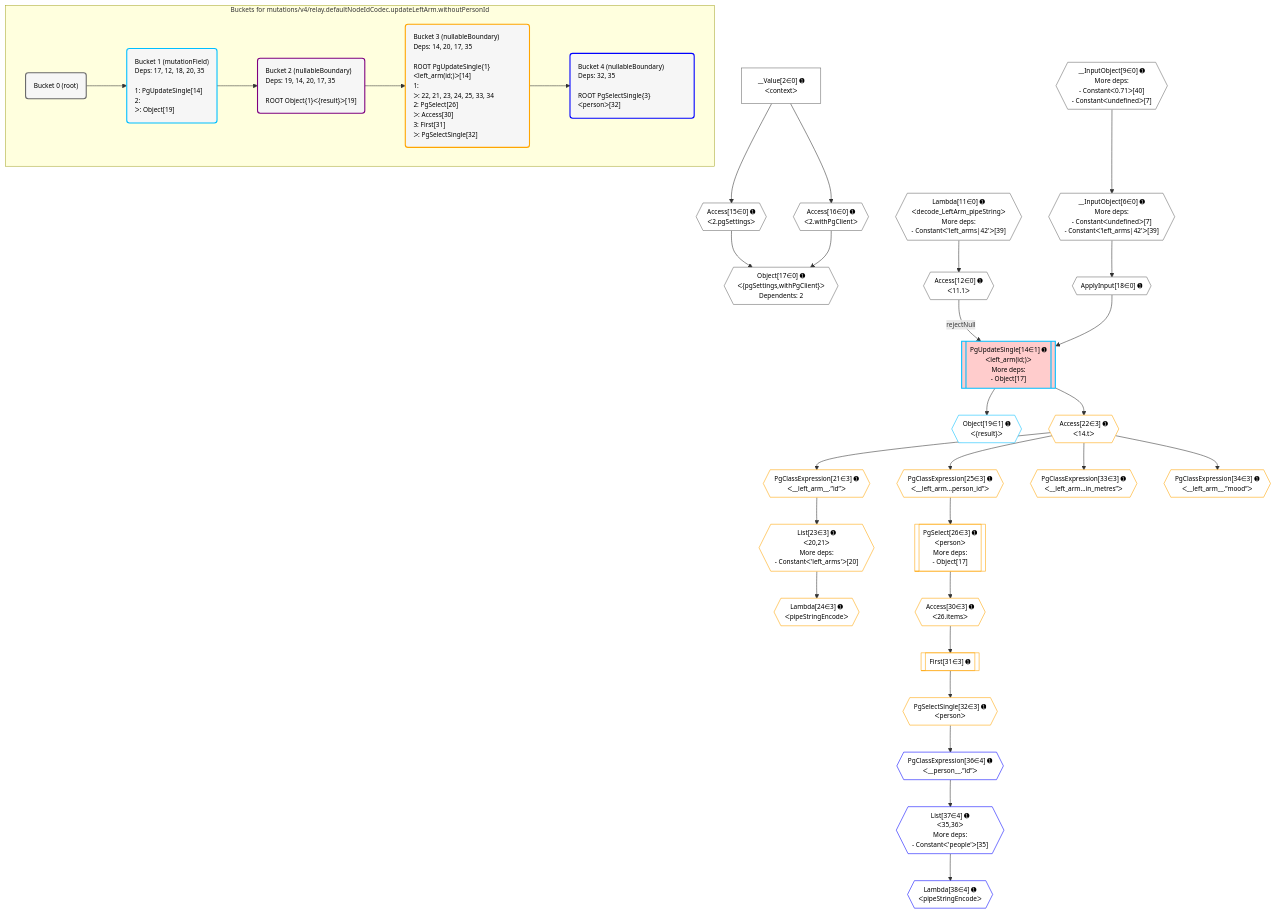
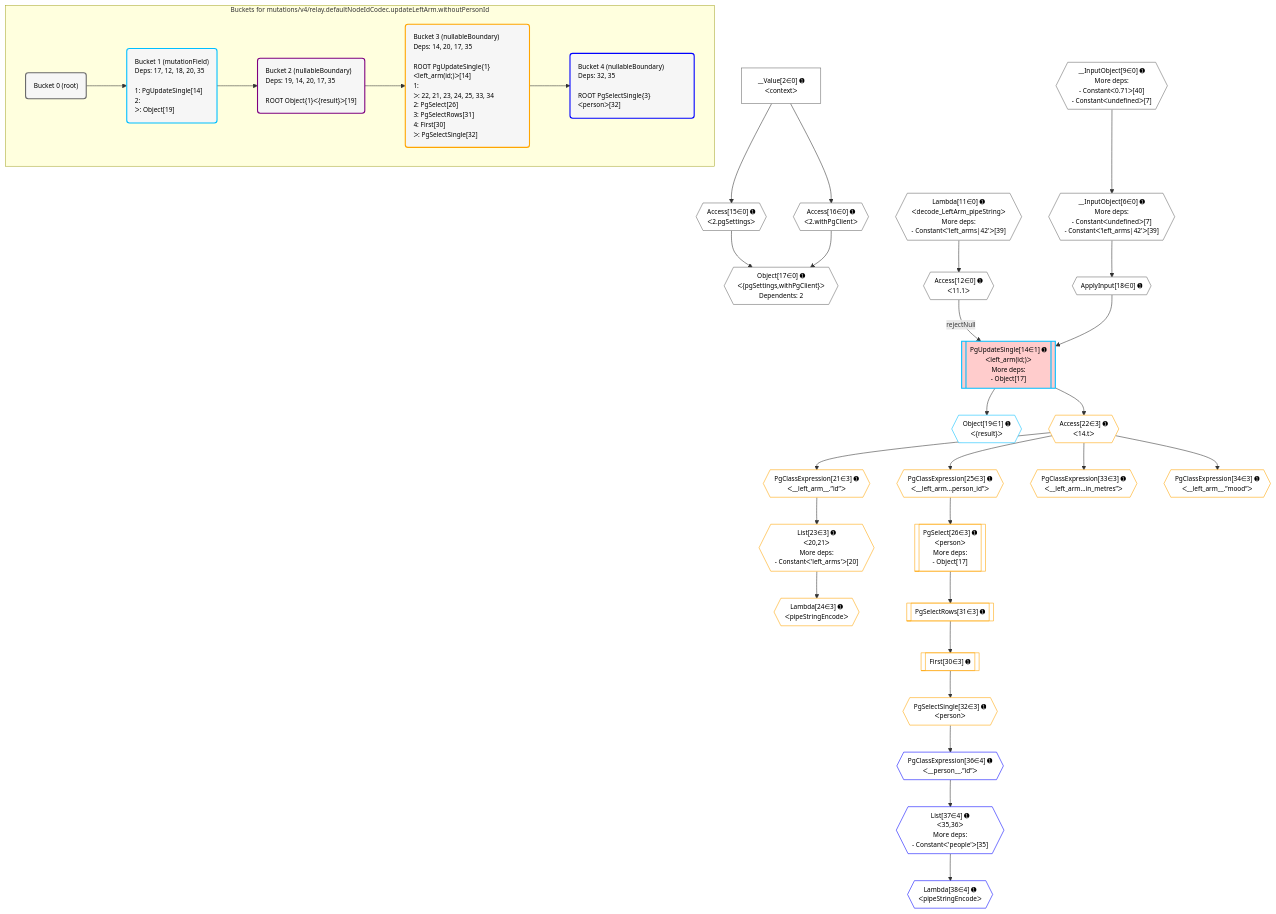
Before and after one commit to graphile/crystal: the diagram in postgraphile/postgraphile/__tests__/mutations/v4/relay.defaultNodeIdCodec.updateLeftArm.withoutPersonId.mermaid, drawn with Mermaid. The commit also changed 300 other files, not shown here.

Commit message:
Update plan diagrams

```diff
--- a/postgraphile/postgraphile/__tests__/mutations/v4/relay.defaultNodeIdCodec.updateLeftArm.withoutPersonId.mermaid
+++ b/postgraphile/postgraphile/__tests__/mutations/v4/relay.defaultNodeIdCodec.updateLeftArm.withoutPersonId.mermaid
@@ -1,84 +1,84 @@
 %%{init: {'themeVariables': { 'fontSize': '12px'}}}%%
 graph TD
     classDef path fill:#eee,stroke:#000,color:#000
     classDef plan fill:#fff,stroke-width:1px,color:#000
     classDef itemplan fill:#fff,stroke-width:2px,color:#000
     classDef unbatchedplan fill:#dff,stroke-width:1px,color:#000
     classDef sideeffectplan fill:#fcc,stroke-width:2px,color:#000
     classDef bucket fill:#f6f6f6,color:#000,stroke-width:2px,text-align:left
 
     subgraph "Buckets for mutations/v4/relay.defaultNodeIdCodec.updateLeftArm.withoutPersonId"
     Bucket0("Bucket 0 (root)"):::bucket
     Bucket1("Bucket 1 (mutationField)<br />Deps: 17, 12, 18, 20, 35<br /><br />1: PgUpdateSingle[14]<br />2: <br />ᐳ: Object[19]"):::bucket
     Bucket2("Bucket 2 (nullableBoundary)<br />Deps: 19, 14, 20, 17, 35<br /><br />ROOT Object{1}ᐸ{result}ᐳ[19]"):::bucket
-    Bucket3("Bucket 3 (nullableBoundary)<br />Deps: 14, 20, 17, 35<br /><br />ROOT PgUpdateSingle{1}ᐸleft_arm(id;)ᐳ[14]<br />1: <br />ᐳ: 22, 21, 23, 24, 25, 33, 34<br />2: PgSelect[26]<br />ᐳ: Access[30]<br />3: First[31]<br />ᐳ: PgSelectSingle[32]"):::bucket
+    Bucket3("Bucket 3 (nullableBoundary)<br />Deps: 14, 20, 17, 35<br /><br />ROOT PgUpdateSingle{1}ᐸleft_arm(id;)ᐳ[14]<br />1: <br />ᐳ: 22, 21, 23, 24, 25, 33, 34<br />2: PgSelect[26]<br />3: PgSelectRows[31]<br />4: First[30]<br />ᐳ: PgSelectSingle[32]"):::bucket
     Bucket4("Bucket 4 (nullableBoundary)<br />Deps: 32, 35<br /><br />ROOT PgSelectSingle{3}ᐸpersonᐳ[32]"):::bucket
     end
     Bucket0 --> Bucket1
     Bucket1 --> Bucket2
     Bucket2 --> Bucket3
     Bucket3 --> Bucket4
 
     %% plan dependencies
     __InputObject6{{"__InputObject[6∈0] ➊<br />More deps:<br />- Constantᐸundefinedᐳ[7]<br />- Constantᐸ'left_arms|42'ᐳ[39]"}}:::plan
     __InputObject9{{"__InputObject[9∈0] ➊<br />More deps:<br />- Constantᐸ0.71ᐳ[40]<br />- Constantᐸundefinedᐳ[7]"}}:::plan
     __InputObject9 --> __InputObject6
     Object17{{"Object[17∈0] ➊<br />ᐸ{pgSettings,withPgClient}ᐳ<br />Dependents: 2"}}:::plan
     Access15{{"Access[15∈0] ➊<br />ᐸ2.pgSettingsᐳ"}}:::plan
     Access16{{"Access[16∈0] ➊<br />ᐸ2.withPgClientᐳ"}}:::plan
     Access15 & Access16 --> Object17
     Lambda11{{"Lambda[11∈0] ➊<br />ᐸdecode_LeftArm_pipeStringᐳ<br />More deps:<br />- Constantᐸ'left_arms|42'ᐳ[39]"}}:::plan
     Access12{{"Access[12∈0] ➊<br />ᐸ11.1ᐳ"}}:::plan
     Lambda11 --> Access12
     __Value2["__Value[2∈0] ➊<br />ᐸcontextᐳ"]:::plan
     __Value2 --> Access15
     __Value2 --> Access16
     ApplyInput18{{"ApplyInput[18∈0] ➊"}}:::plan
     __InputObject6 --> ApplyInput18
     PgUpdateSingle14[["PgUpdateSingle[14∈1] ➊<br />ᐸleft_arm(id;)ᐳ<br />More deps:<br />- Object[17]"]]:::sideeffectplan
     Access12 -->|rejectNull| PgUpdateSingle14
     ApplyInput18 --> PgUpdateSingle14
     Object19{{"Object[19∈1] ➊<br />ᐸ{result}ᐳ"}}:::plan
     PgUpdateSingle14 --> Object19
     List23{{"List[23∈3] ➊<br />ᐸ20,21ᐳ<br />More deps:<br />- Constantᐸ'left_arms'ᐳ[20]"}}:::plan
     PgClassExpression21{{"PgClassExpression[21∈3] ➊<br />ᐸ__left_arm__.”id”ᐳ"}}:::plan
     PgClassExpression21 --> List23
     PgSelect26[["PgSelect[26∈3] ➊<br />ᐸpersonᐳ<br />More deps:<br />- Object[17]"]]:::plan
     PgClassExpression25{{"PgClassExpression[25∈3] ➊<br />ᐸ__left_arm...person_id”ᐳ"}}:::plan
     PgClassExpression25 --> PgSelect26
     Access22{{"Access[22∈3] ➊<br />ᐸ14.tᐳ"}}:::plan
     Access22 --> PgClassExpression21
     PgUpdateSingle14 --> Access22
     Lambda24{{"Lambda[24∈3] ➊<br />ᐸpipeStringEncodeᐳ"}}:::plan
     List23 --> Lambda24
     Access22 --> PgClassExpression25
-    Access30{{"Access[30∈3] ➊<br />ᐸ26.itemsᐳ"}}:::plan
-    PgSelect26 --> Access30
-    First31[["First[31∈3] ➊"]]:::plan
-    Access30 --> First31
+    First30[["First[30∈3] ➊"]]:::plan
+    PgSelectRows31[["PgSelectRows[31∈3] ➊"]]:::plan
+    PgSelectRows31 --> First30
+    PgSelect26 --> PgSelectRows31
     PgSelectSingle32{{"PgSelectSingle[32∈3] ➊<br />ᐸpersonᐳ"}}:::plan
-    First31 --> PgSelectSingle32
+    First30 --> PgSelectSingle32
     PgClassExpression33{{"PgClassExpression[33∈3] ➊<br />ᐸ__left_arm...in_metres”ᐳ"}}:::plan
     Access22 --> PgClassExpression33
     PgClassExpression34{{"PgClassExpression[34∈3] ➊<br />ᐸ__left_arm__.”mood”ᐳ"}}:::plan
     Access22 --> PgClassExpression34
     List37{{"List[37∈4] ➊<br />ᐸ35,36ᐳ<br />More deps:<br />- Constantᐸ'people'ᐳ[35]"}}:::plan
     PgClassExpression36{{"PgClassExpression[36∈4] ➊<br />ᐸ__person__.”id”ᐳ"}}:::plan
     PgClassExpression36 --> List37
     PgSelectSingle32 --> PgClassExpression36
     Lambda38{{"Lambda[38∈4] ➊<br />ᐸpipeStringEncodeᐳ"}}:::plan
     List37 --> Lambda38
 
     %% define steps
     classDef bucket0 stroke:#696969
     class Bucket0,__Value2,__InputObject6,__InputObject9,Lambda11,Access12,Access15,Access16,Object17,ApplyInput18 bucket0
     classDef bucket1 stroke:#00bfff
     class Bucket1,PgUpdateSingle14,Object19 bucket1
     classDef bucket2 stroke:#7f007f
     class Bucket2 bucket2
     classDef bucket3 stroke:#ffa500
-    class Bucket3,PgClassExpression21,Access22,List23,Lambda24,PgClassExpression25,PgSelect26,Access30,First31,PgSelectSingle32,PgClassExpression33,PgClassExpression34 bucket3
+    class Bucket3,PgClassExpression21,Access22,List23,Lambda24,PgClassExpression25,PgSelect26,First30,PgSelectRows31,PgSelectSingle32,PgClassExpression33,PgClassExpression34 bucket3
     classDef bucket4 stroke:#0000ff
     class Bucket4,PgClassExpression36,List37,Lambda38 bucket4
 
     %% implicit side effects
```
